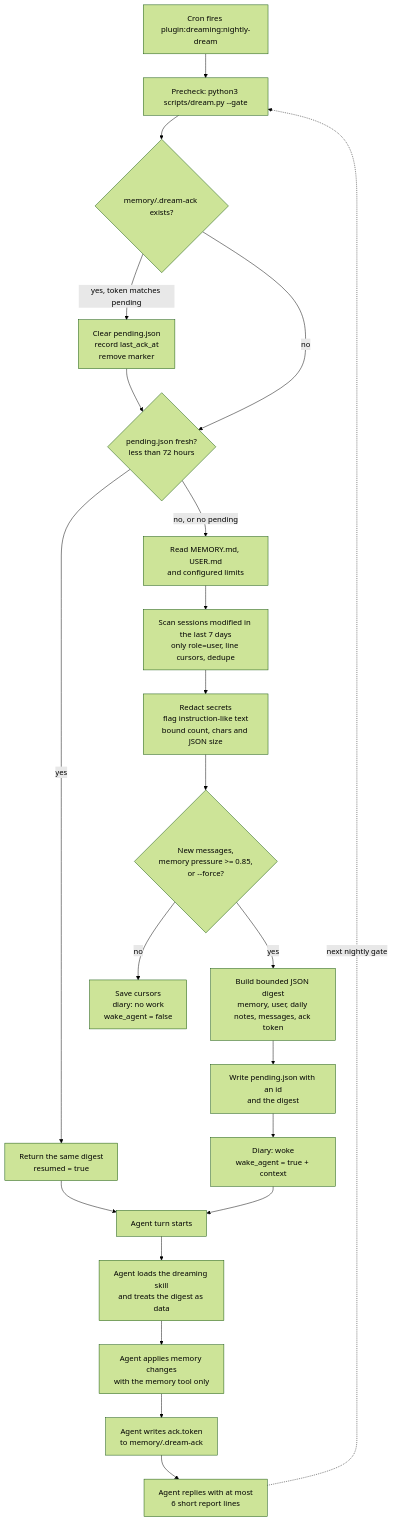
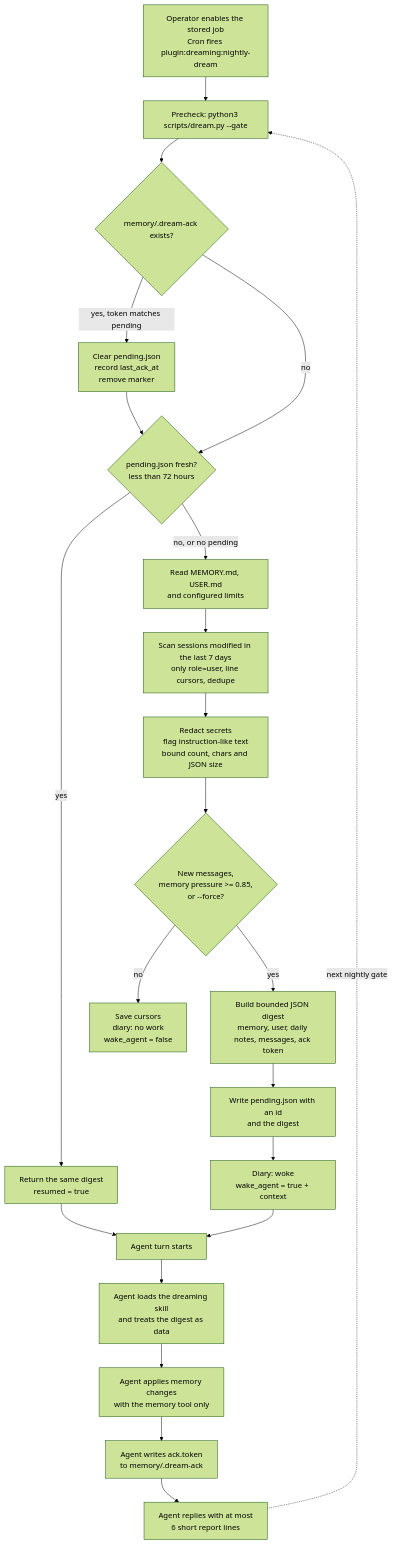
One commit to afjcjsbx/picoclaw changed the first of 2 diagrams in examples/plugins/dreaming/README.md. Above: the diagram before and after it, drawn with Mermaid (forest theme). The commit also changed other lines of this file and 10 other files, not shown here.

````diff
--- a/examples/plugins/dreaming/README.md
+++ b/examples/plugins/dreaming/README.md
@@ -42,24 +43,24 @@
 ```mermaid
 flowchart TD
-    A["Cron fires plugin:dreaming:nightly-dream"] --> B["Precheck: python3 scripts/dream.py --gate"]
+    A["Operator enables the stored job<br/>Cron fires plugin:dreaming:nightly-dream"] --> B["Precheck: python3 scripts/dream.py --gate"]
     B --> C{"memory/.dream-ack exists?"}
     C -->|"yes, token matches pending"| D["Clear pending.json<br/>record last_ack_at<br/>remove marker"]
     C -->|"no"| E{"pending.json fresh?<br/>less than 72 hours"}
     D --> E
     E -->|"yes"| F["Return the same digest<br/>resumed = true"]
     E -->|"no, or no pending"| G["Read MEMORY.md, USER.md<br/>and configured limits"]
     G --> H["Scan sessions modified in the last 7 days<br/>only role=user, line cursors, dedupe"]
     H --> I["Redact secrets<br/>flag instruction-like text<br/>bound count, chars and JSON size"]
     I --> J{"New messages,<br/>memory pressure >= 0.85,<br/>or --force?"}
     J -->|"no"| K["Save cursors<br/>diary: no work<br/>wake_agent = false"]
     J -->|"yes"| L["Build bounded JSON digest<br/>memory, user, daily notes, messages, ack token"]
     L --> M["Write pending.json with an id<br/>and the digest"]
     M --> N["Diary: woke<br/>wake_agent = true + context"]
     F --> O["Agent turn starts"]
     N --> O
     O --> P["Agent loads the dreaming skill<br/>and treats the digest as data"]
     P --> Q["Agent applies memory changes<br/>with the memory tool only"]
     Q --> R["Agent writes ack.token<br/>to memory/.dream-ack"]
     R --> S["Agent replies with at most<br/>6 short report lines"]
     S -.->|"next nightly gate"| B
 ```
````
